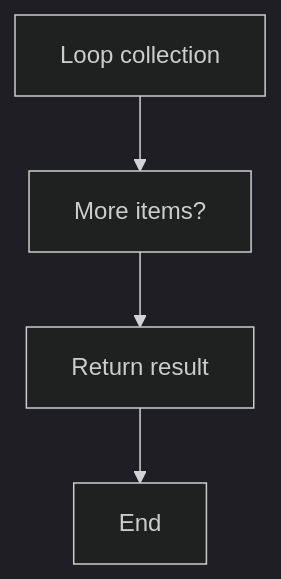
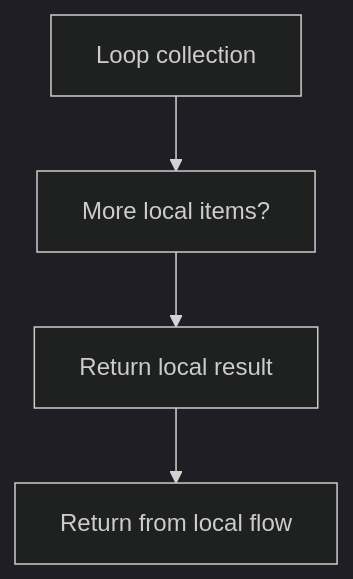
The third of 7 diagrams in docs/Codebase/Microservice/Modules/Source/Trees/ClassGeneration/VirtualBroken/relevance.cpp.md (JohnAndrewBalbarosa/NeoTerritory), drawn with Mermaid (dark theme) before and after one commit. The commit also changed other lines of this file and 925 other files, not shown here.

````diff
--- a/docs/Codebase/Microservice/Modules/Source/Trees/ClassGeneration/VirtualBroken/relevance.cpp.md
+++ b/docs/Codebase/Microservice/Modules/Source/Trees/ClassGeneration/VirtualBroken/relevance.cpp.md
@@ -82,10 +81,10 @@
 ```mermaid
 flowchart TD
     N0["Loop collection"]
-    N1["More items?"]
-    N2["Return result"]
-    N3["End"]
+    N1["More local items?"]
+    N2["Return local result"]
+    N3["Return from local flow"]
     N0 --> N1
     N1 --> N2
     N2 --> N3
 ```
````
